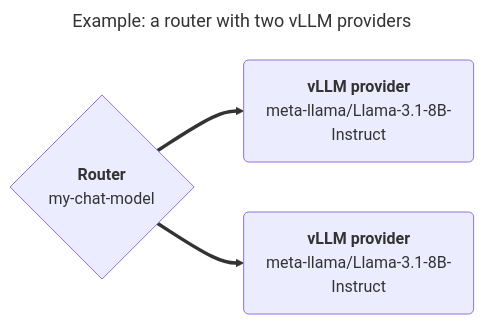
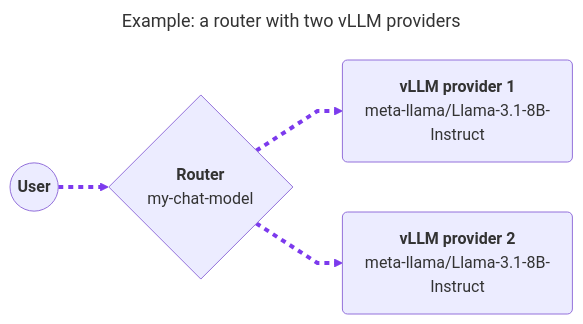
Before and after one commit to etalab-ia/OpenGateLLM: the first of 2 diagrams in docs/src/content/docs/getting-started/models.mdx, drawn with Mermaid. The commit also changed other lines of this file and 6 other files, not shown here.

````diff
--- a/docs/src/content/docs/getting-started/models.mdx
+++ b/docs/src/content/docs/getting-started/models.mdx
@@ -20,12 +20,20 @@
 ```mermaid
 ---
 title: "Example: a router with two vLLM providers"
+config:
+  flowchart:
+    curve: linear
 ---
 flowchart LR
+  user1@{ shape: "circle", label: "**User**" }
   router1@{ shape: "diamond", label: "**Router**<br>my-chat-model" }
+  provider_vllm_1@{ shape: "rounded", label: "**vLLM provider 1**<br>meta-llama/Llama-3.1-8B-Instruct" }
+  provider_vllm_2@{ shape: "rounded", label: "**vLLM provider 2**<br>meta-llama/Llama-3.1-8B-Instruct" }
+  
+  user1 e0@--> router1
+  router1 e1@--> provider_vllm_1
+  router1 e2@--> provider_vllm_2
 
-  provider_vllm_1@{ shape: "rounded", label: "**vLLM provider**<br>meta-llama/Llama-3.1-8B-Instruct" }
-  provider_vllm_2@{ shape: "rounded", label: "**vLLM provider**<br>meta-llama/Llama-3.1-8B-Instruct" }
-  router1 ==> provider_vllm_1
-  router1 ==> provider_vllm_2
+  classDef animate stroke: #7c3aed,stroke-width: 4px,stroke-dasharray: 5,stroke-dashoffset: 900,animation: dash 25s linear infinite;
+  class e0,e1,e2 animate
 ```
````
